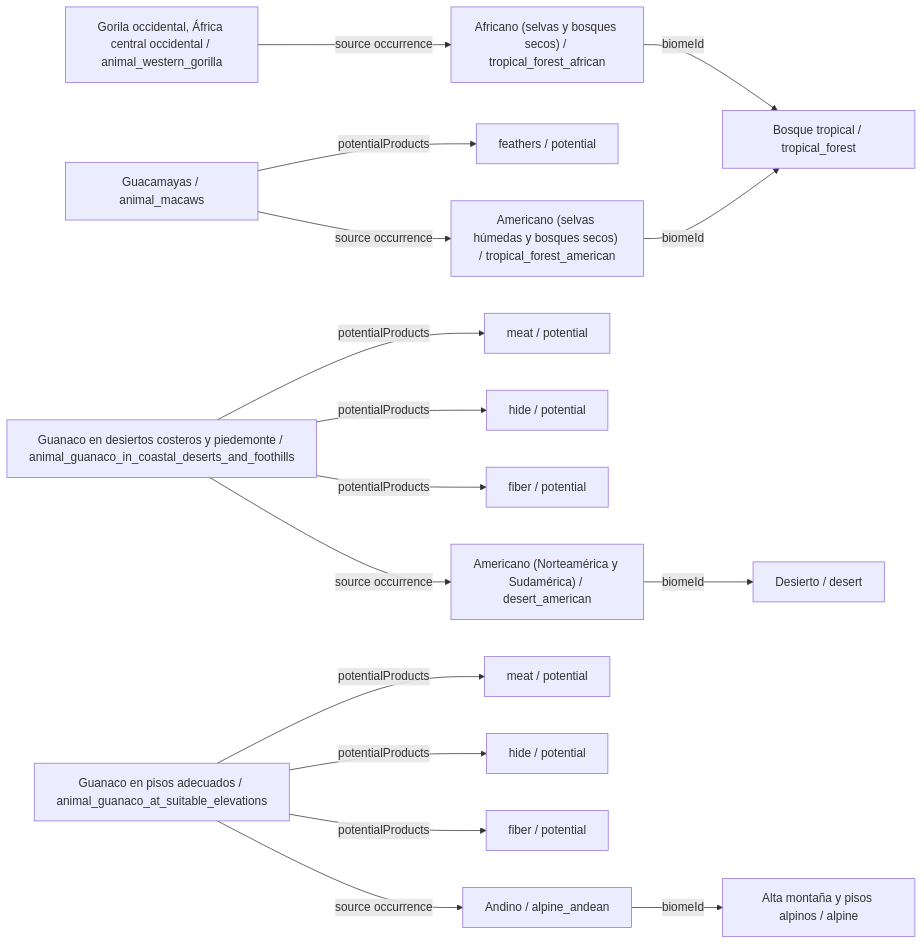
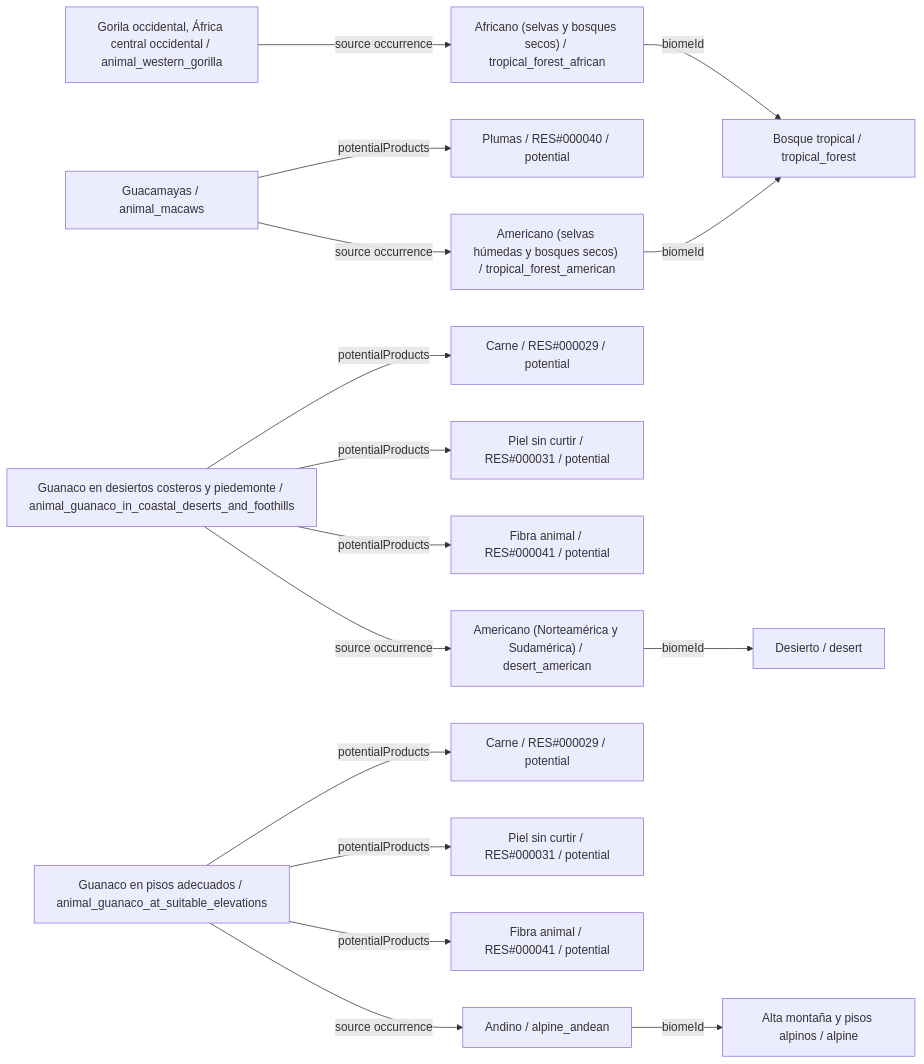
Before and after one commit to fgabo404/EvolveDoc: diagram 15 of 34 in data/animals/DIAGRAMS.es.md, drawn with Mermaid. The commit also changed other lines of this file and 50 other files, not shown here.

````diff
--- a/data/animals/DIAGRAMS.es.md
+++ b/data/animals/DIAGRAMS.es.md
@@ -754,36 +754,36 @@
 ```mermaid
 flowchart LR
     c0["Gorila occidental, África central occidental / animal_western_gorilla"]
     v1["Africano (selvas y bosques secos) / tropical_forest_african"]
     b0["Bosque tropical / tropical_forest"]
     c1["Guacamayas / animal_macaws"]
     v0["Americano (selvas húmedas y bosques secos) / tropical_forest_american"]
-    o1_0["feathers / potential"]
+    o1_0["Plumas / RES#000040 / potential"]
     c2["Guanaco en desiertos costeros y piedemonte / animal_guanaco_in_coastal_deserts_and_foothills"]
     v15["Americano (Norteamérica y Sudamérica) / desert_american"]
     b4["Desierto / desert"]
-    o2_0["meat / potential"]
-    o2_1["hide / potential"]
-    o2_2["fiber / potential"]
+    o2_0["Carne / RES#000029 / potential"]
+    o2_1["Piel sin curtir / RES#000031 / potential"]
+    o2_2["Fibra animal / RES#000041 / potential"]
     c3["Guanaco en pisos adecuados / animal_guanaco_at_suitable_elevations"]
     v23["Andino / alpine_andean"]
     b6["Alta montaña y pisos alpinos / alpine"]
-    o3_0["meat / potential"]
-    o3_1["hide / potential"]
-    o3_2["fiber / potential"]
+    o3_0["Carne / RES#000029 / potential"]
+    o3_1["Piel sin curtir / RES#000031 / potential"]
+    o3_2["Fibra animal / RES#000041 / potential"]
     c0 -->|source occurrence| v1
     c1 -->|potentialProducts| o1_0
     c1 -->|source occurrence| v0
     c2 -->|potentialProducts| o2_0
     c2 -->|potentialProducts| o2_1
     c2 -->|potentialProducts| o2_2
     c2 -->|source occurrence| v15
     c3 -->|potentialProducts| o3_0
     c3 -->|potentialProducts| o3_1
     c3 -->|potentialProducts| o3_2
     c3 -->|source occurrence| v23
     v0 -->|biomeId| b0
     v1 -->|biomeId| b0
     v15 -->|biomeId| b4
     v23 -->|biomeId| b6
 ```
````
